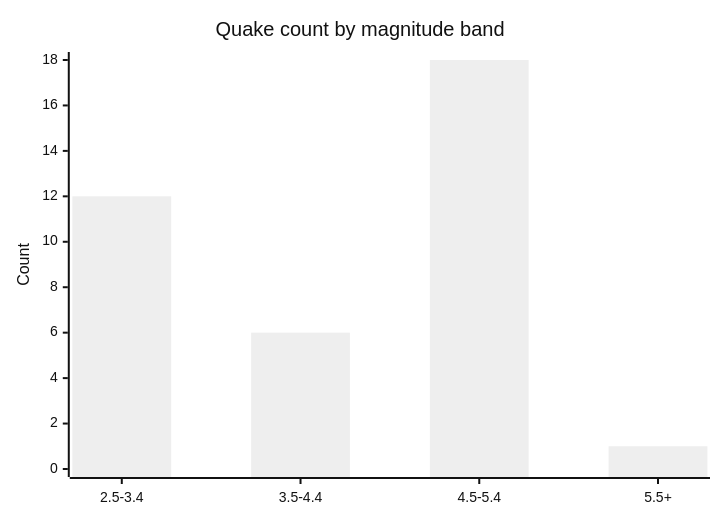
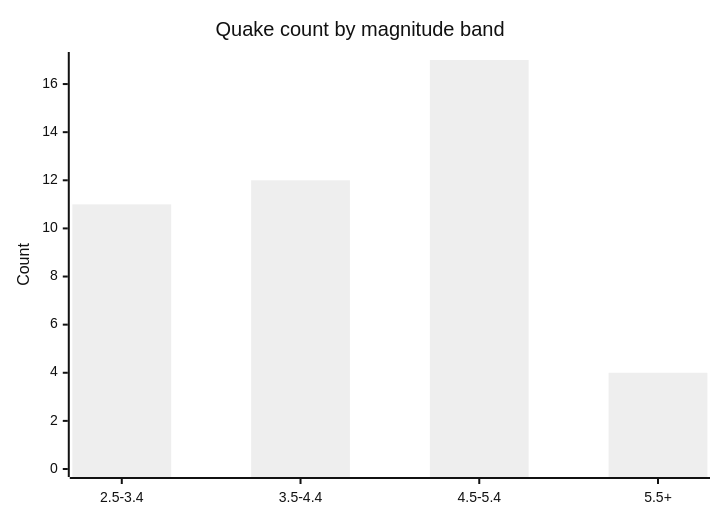
The fifth of 6 diagrams in docs/GRAPHS.md (Midwest-Stratospheric/aerostratospheric-defense-gir), drawn with Mermaid (neutral theme) before and after one commit. The commit also changed other lines of this file and 25 other files, not shown here.

````diff
--- a/docs/GRAPHS.md
+++ b/docs/GRAPHS.md
@@ -82,7 +82,7 @@
 ```mermaid
 xychart-beta
   title "Quake count by magnitude band"
   x-axis ["2.5-3.4", "3.5-4.4", "4.5-5.4", "5.5+"]
-  y-axis "Count" 0 --> 18
-  bar [12, 6, 18, 1]
+  y-axis "Count" 0 --> 17
+  bar [11, 12, 17, 4]
 ```
````
